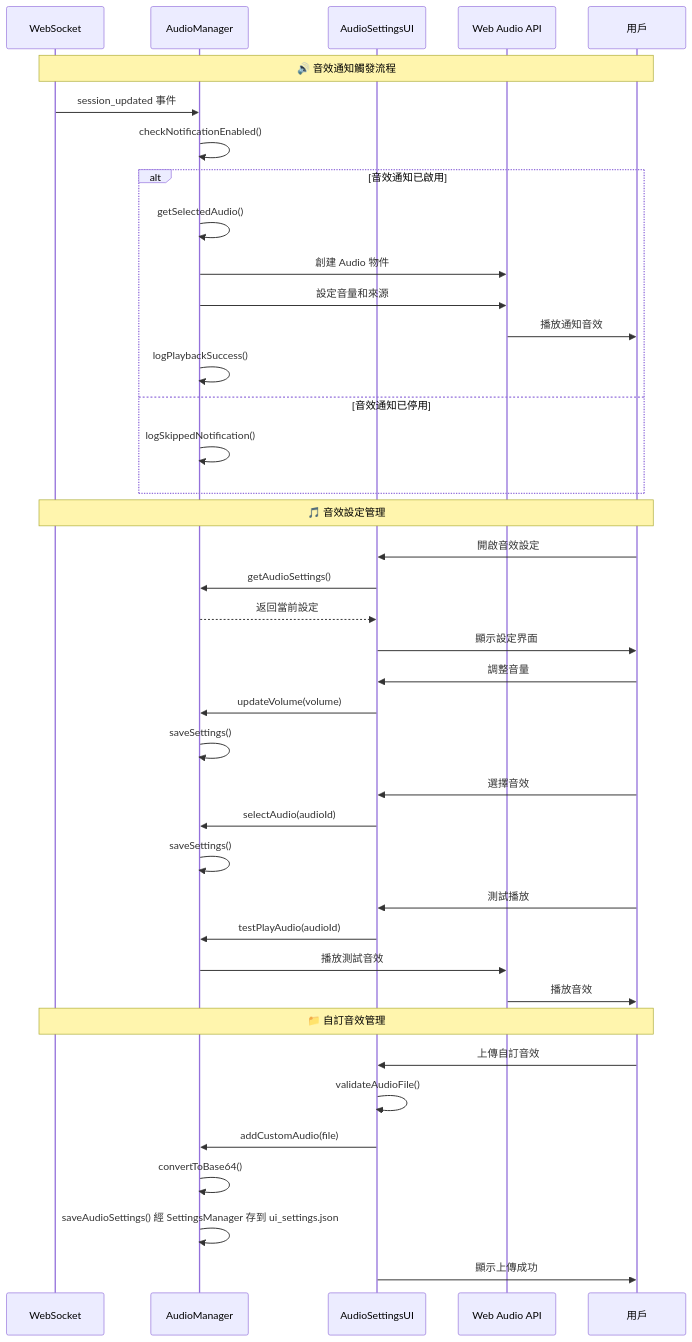
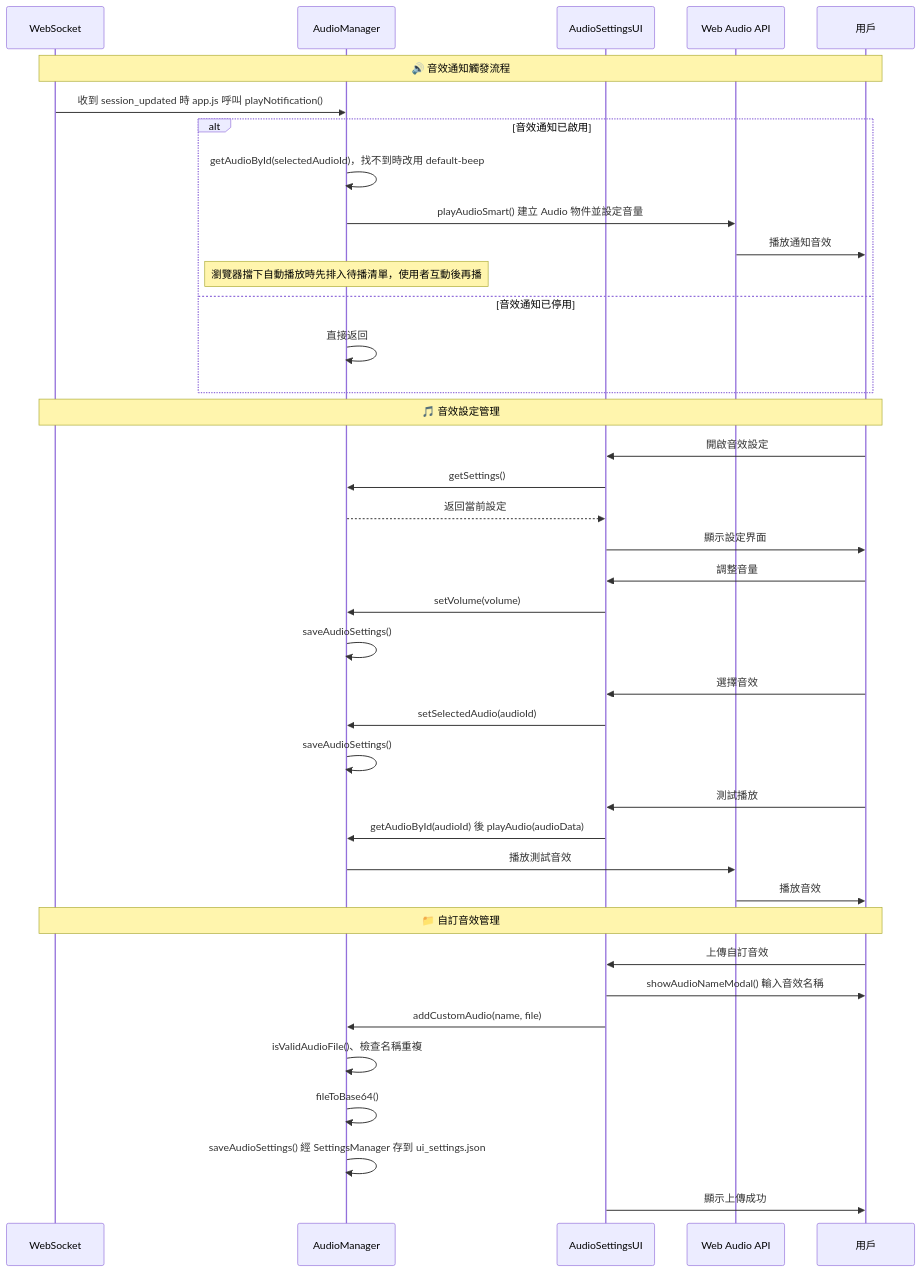
Before and after one commit to CloudEngineHub/mcp-feedback-enhanced: the ninth of 12 diagrams in docs/architecture/interaction-flows.md, drawn with Mermaid. The commit also changed other lines of this file, not shown here.

````diff
--- a/docs/architecture/interaction-flows.md
+++ b/docs/architecture/interaction-flows.md
@@ -610,48 +427,47 @@
 ```mermaid
 sequenceDiagram
     participant WS as WebSocket
     participant AM as AudioManager
     participant ASU as AudioSettingsUI
     participant AUDIO as Web Audio API
     participant User as 用戶
 
     Note over WS,User: 🔊 音效通知觸發流程
-    WS->>AM: session_updated 事件
-    AM->>AM: checkNotificationEnabled()
+    WS->>AM: 收到 session_updated 時 app.js 呼叫 playNotification()
     alt 音效通知已啟用
-        AM->>AM: getSelectedAudio()
-        AM->>AUDIO: 創建 Audio 物件
-        AM->>AUDIO: 設定音量和來源
+        AM->>AM: getAudioById(selectedAudioId)，找不到時改用 default-beep
+        AM->>AUDIO: playAudioSmart() 建立 Audio 物件並設定音量
         AUDIO->>User: 播放通知音效
-        AM->>AM: logPlaybackSuccess()
+        Note over AM: 瀏覽器擋下自動播放時先排入待播清單，使用者互動後再播
     else 音效通知已停用
-        AM->>AM: logSkippedNotification()
+        AM->>AM: 直接返回
     end
 
     Note over WS,User: 🎵 音效設定管理
     User->>ASU: 開啟音效設定
-    ASU->>AM: getAudioSettings()
+    ASU->>AM: getSettings()
     AM-->>ASU: 返回當前設定
     ASU->>User: 顯示設定界面
 
     User->>ASU: 調整音量
-    ASU->>AM: updateVolume(volume)
-    AM->>AM: saveSettings()
+    ASU->>AM: setVolume(volume)
+    AM->>AM: saveAudioSettings()
 
     User->>ASU: 選擇音效
-    ASU->>AM: selectAudio(audioId)
-    AM->>AM: saveSettings()
+    ASU->>AM: setSelectedAudio(audioId)
+    AM->>AM: saveAudioSettings()
 
     User->>ASU: 測試播放
-    ASU->>AM: testPlayAudio(audioId)
+    ASU->>AM: getAudioById(audioId) 後 playAudio(audioData)
     AM->>AUDIO: 播放測試音效
     AUDIO->>User: 播放音效
 
     Note over WS,User: 📁 自訂音效管理
     User->>ASU: 上傳自訂音效
-    ASU->>ASU: validateAudioFile()
-    ASU->>AM: addCustomAudio(file)
-    AM->>AM: convertToBase64()
+    ASU->>User: showAudioNameModal() 輸入音效名稱
+    ASU->>AM: addCustomAudio(name, file)
+    AM->>AM: isValidAudioFile()、檢查名稱重複
+    AM->>AM: fileToBase64()
     AM->>AM: saveAudioSettings() 經 SettingsManager 存到 ui_settings.json
     ASU->>User: 顯示上傳成功
 ```
````
